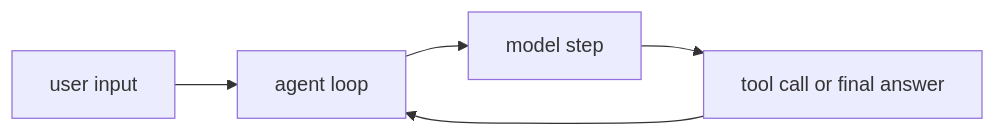
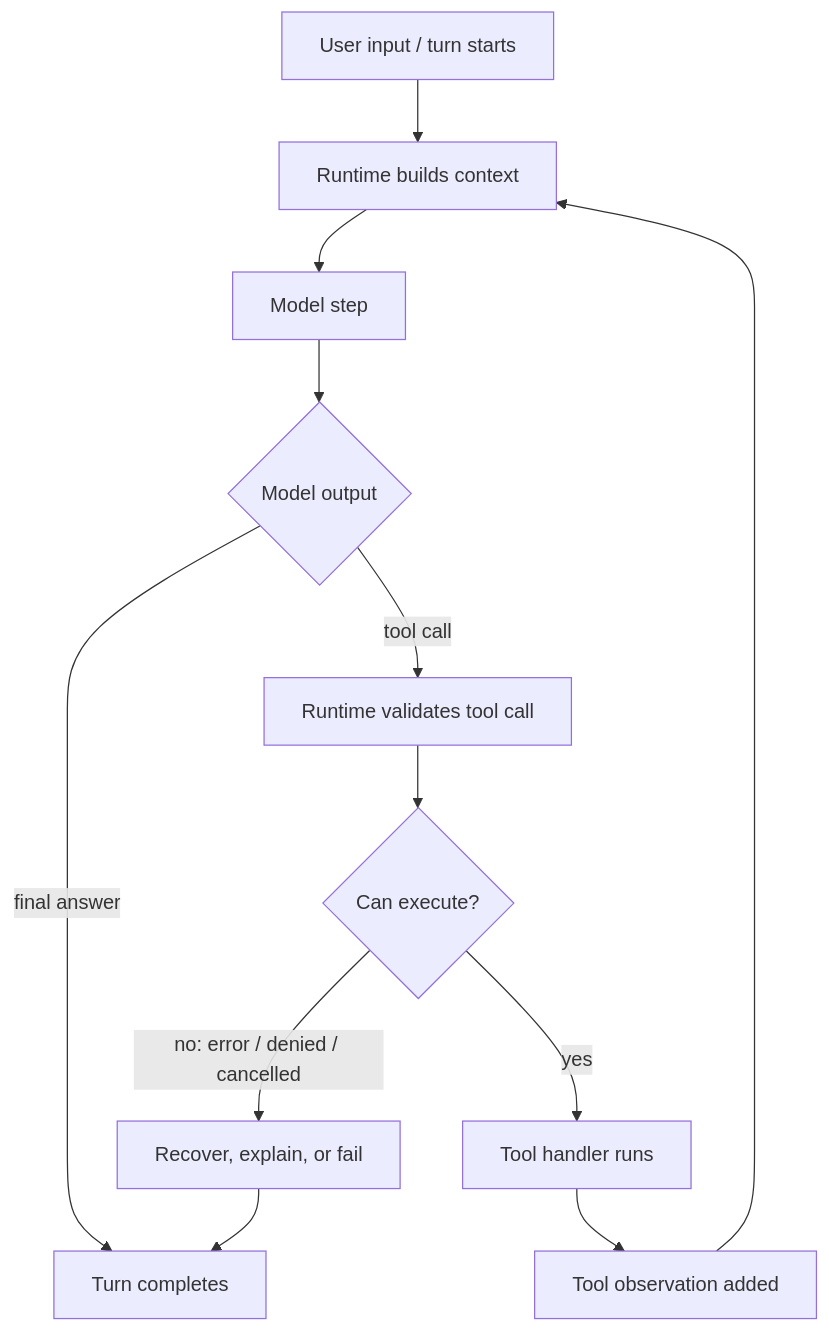
The diagram in chapters/s01_agent_loop/diagram.mmd (shihao-zhang/learn-codex), drawn with Mermaid before and after one commit. The commit also changed other lines of this file and 43 other files, not shown here.

```diff
--- a/chapters/s01_agent_loop/diagram.mmd
+++ b/chapters/s01_agent_loop/diagram.mmd
@@ -1,5 +1,12 @@
-flowchart LR
-    A["user input"] --> B["agent loop"]
-    B --> C["model step"]
-    C --> D["tool call or final answer"]
-    D --> B
+flowchart TD
+    A["User input / turn starts"] --> B["Runtime builds context"]
+    B --> C["Model step"]
+    C --> D{"Model output"}
+    D -->|final answer| E["Turn completes"]
+    D -->|tool call| F["Runtime validates tool call"]
+    F --> G{"Can execute?"}
+    G -->|yes| H["Tool handler runs"]
+    H --> I["Tool observation added"]
+    I --> B
+    G -->|no: error / denied / cancelled| J["Recover, explain, or fail"]
+    J --> E
```
